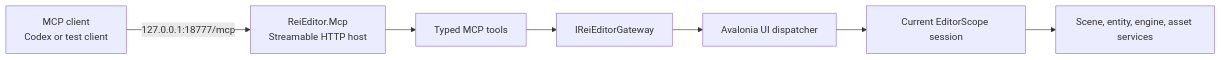
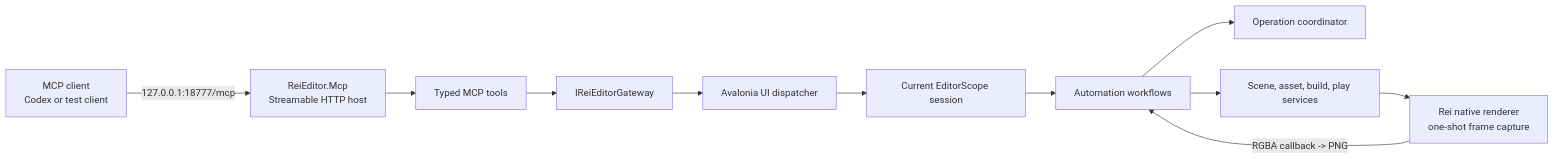
The diagram in docs/mcp-bridge.md (fidt17/Rei), drawn with Mermaid before and after one commit. The commit also changed other lines of this file and 37 other files, not shown here.

````diff
--- a/docs/mcp-bridge.md
+++ b/docs/mcp-bridge.md
@@ -11,17 +27,24 @@
 ```mermaid
 flowchart LR
     Client["MCP client\nCodex or test client"]
     Host["ReiEditor.Mcp\nStreamable HTTP host"]
     Tools["Typed MCP tools"]
     Gateway["IReiEditorGateway"]
     Dispatcher["Avalonia UI dispatcher"]
     Session["Current EditorScope session"]
-    Services["Scene, entity, engine, asset services"]
+    Automation["Automation workflows"]
+    Coordinator["Operation coordinator"]
+    Services["Scene, asset, build, play services"]
+    Native["Rei native renderer\none-shot frame capture"]
 
     Client -->|"127.0.0.1:18777/mcp"| Host
     Host --> Tools
     Tools --> Gateway
     Gateway --> Dispatcher
     Dispatcher --> Session
-    Session --> Services
+    Session --> Automation
+    Automation --> Coordinator
+    Automation --> Services
+    Services --> Native
+    Native -->|"RGBA callback -> PNG"| Automation
 ```
````
